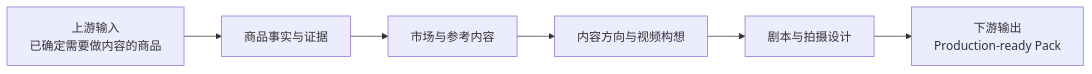
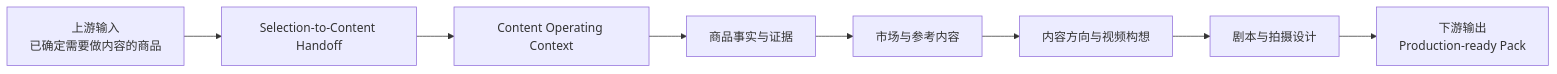
Before and after one commit to SONG-36/TK_Video_Intelligence_Workbench: the second of 6 diagrams in 00_MASTER_DESIGN.md, drawn with Mermaid. The commit also changed other lines of this file and 9 other files, not shown here.

````diff
--- a/00_MASTER_DESIGN.md
+++ b/00_MASTER_DESIGN.md
@@ -64,11 +84,13 @@
 ```mermaid
 flowchart LR
     U[上游输入<br/>已确定需要做内容的商品]
+    H[Selection-to-Content Handoff]
+    COC[Content Operating Context]
     A[商品事实与证据]
     B[市场与参考内容]
     C[内容方向与视频构想]
     D[剧本与拍摄设计]
     O[下游输出<br/>Production-ready Pack]
 
-    U --> A --> B --> C --> D --> O
+    U --> H --> COC --> A --> B --> C --> D --> O
 ```
````
